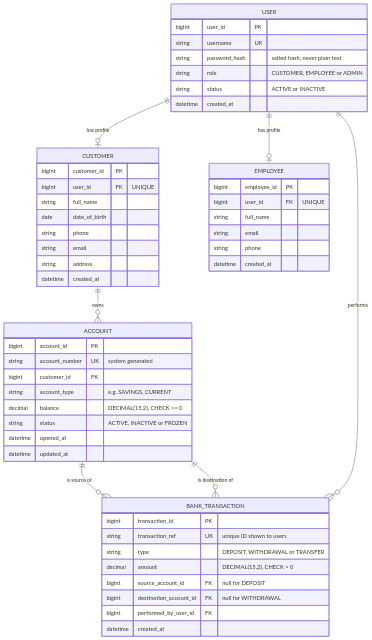
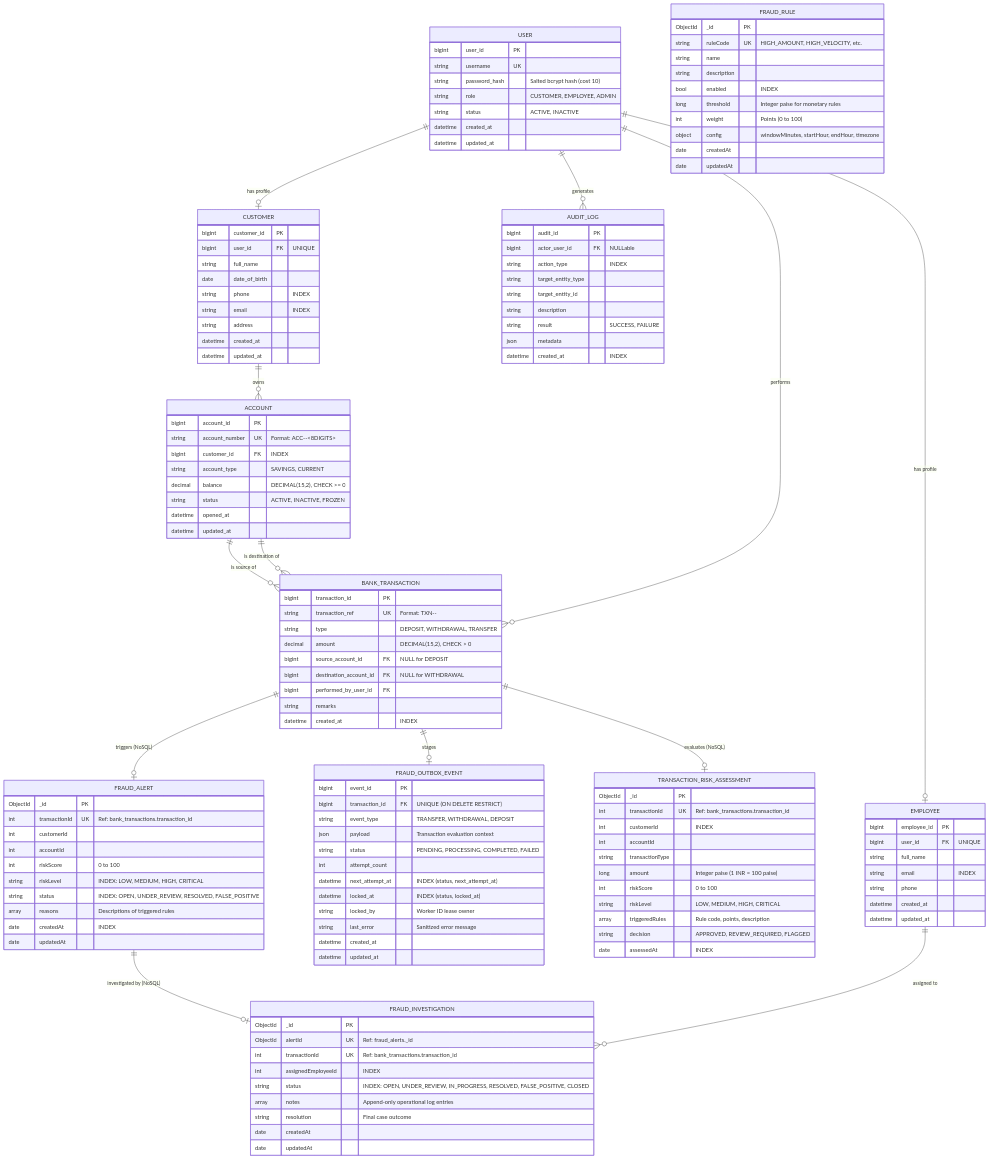
Before and after one commit to sujayhegde23/Bank-Management-System: the first of 3 diagrams in docs/phase1/diagrams/data_model.md, drawn with Mermaid. The commit also changed other lines of this file and 25 other files, not shown here.

Commit message:
docs: reconcile SRS, SAD, RTM, architecture diagrams, and formal testing reports

````diff
--- a/docs/phase1/diagrams/data_model.md
+++ b/docs/phase1/diagrams/data_model.md
@@ -10,56 +11,152 @@
 ```mermaid
 erDiagram
+    %% Relational MySQL Entities
     USER ||--o| CUSTOMER : "has profile"
     USER ||--o| EMPLOYEE : "has profile"
     CUSTOMER ||--o{ ACCOUNT : owns
     ACCOUNT ||--o{ BANK_TRANSACTION : "is source of"
     ACCOUNT ||--o{ BANK_TRANSACTION : "is destination of"
     USER ||--o{ BANK_TRANSACTION : performs
+    USER ||--o{ AUDIT_LOG : generates
+    BANK_TRANSACTION ||--o| FRAUD_OUTBOX_EVENT : stages
+
+    %% Logical Relationships Across Dual Databases (Referenced by transactionId)
+    BANK_TRANSACTION ||--o| TRANSACTION_RISK_ASSESSMENT : "evaluates (NoSQL)"
+    BANK_TRANSACTION ||--o| FRAUD_ALERT : "triggers (NoSQL)"
+    FRAUD_ALERT ||--o| FRAUD_INVESTIGATION : "investigated by (NoSQL)"
+    EMPLOYEE ||--o{ FRAUD_INVESTIGATION : "assigned to"
 
     USER {
         bigint user_id PK
         string username UK
-        string password_hash "salted hash, never plain text"
-        string role "CUSTOMER, EMPLOYEE or ADMIN"
-        string status "ACTIVE or INACTIVE"
+        string password_hash "Salted bcrypt hash (cost 10)"
+        string role "CUSTOMER, EMPLOYEE, ADMIN"
+        string status "ACTIVE, INACTIVE"
         datetime created_at
+        datetime updated_at
     }
+
     CUSTOMER {
         bigint customer_id PK
         bigint user_id FK "UNIQUE"
         string full_name
         date date_of_birth
-        string phone
-        string email
+        string phone "INDEX"
+        string email "INDEX"
         string address
         datetime created_at
+        datetime updated_at
     }
+
     EMPLOYEE {
         bigint employee_id PK
         bigint user_id FK "UNIQUE"
         string full_name
-        string email
+        string email "INDEX"
         string phone
         datetime created_at
+        datetime updated_at
     }
+
     ACCOUNT {
         bigint account_id PK
-        string account_number UK "system generated"
-        bigint customer_id FK
-        string account_type "e.g. SAVINGS, CURRENT"
+        string account_number UK "Format: ACC-<TYPE>-<8DIGITS>"
+        bigint customer_id FK "INDEX"
+        string account_type "SAVINGS, CURRENT"
         decimal balance "DECIMAL(15,2), CHECK >= 0"
-        string status "ACTIVE, INACTIVE or FROZEN"
+        string status "ACTIVE, INACTIVE, FROZEN"
         datetime opened_at
         datetime updated_at
     }
+
     BANK_TRANSACTION {
         bigint transaction_id PK
-        string transaction_ref UK "unique ID shown to users"
-        string type "DEPOSIT, WITHDRAWAL or TRANSFER"
+        string transaction_ref UK "Format: TXN-<TYPE>-<HEX>"
+        string type "DEPOSIT, WITHDRAWAL, TRANSFER"
         decimal amount "DECIMAL(15,2), CHECK > 0"
-        bigint source_account_id FK "null for DEPOSIT"
-        bigint destination_account_id FK "null for WITHDRAWAL"
+        bigint source_account_id FK "NULL for DEPOSIT"
+        bigint destination_account_id FK "NULL for WITHDRAWAL"
         bigint performed_by_user_id FK
+        string remarks
+        datetime created_at "INDEX"
+    }
+
+    AUDIT_LOG {
+        bigint audit_id PK
+        bigint actor_user_id FK "NULLable"
+        string action_type "INDEX"
+        string target_entity_type
+        string target_entity_id
+        string description
+        string result "SUCCESS, FAILURE"
+        json metadata
+        datetime created_at "INDEX"
+    }
+
+    FRAUD_OUTBOX_EVENT {
+        bigint event_id PK
+        bigint transaction_id FK "UNIQUE (ON DELETE RESTRICT)"
+        string event_type "TRANSFER, WITHDRAWAL, DEPOSIT"
+        json payload "Transaction evaluation context"
+        string status "PENDING, PROCESSING, COMPLETED, FAILED"
+        int attempt_count
+        datetime next_attempt_at "INDEX (status, next_attempt_at)"
+        datetime locked_at "INDEX (status, locked_at)"
+        string locked_by "Worker ID lease owner"
+        string last_error "Sanitized error message"
         datetime created_at
+        datetime updated_at
+    }
+
+    TRANSACTION_RISK_ASSESSMENT {
+        ObjectId _id PK
+        int transactionId UK "Ref: bank_transactions.transaction_id"
+        int customerId "INDEX"
+        int accountId
+        string transactionType
+        long amount "Integer paise (1 INR = 100 paise)"
+        int riskScore "0 to 100"
+        string riskLevel "LOW, MEDIUM, HIGH, CRITICAL"
+        array triggeredRules "Rule code, points, description"
+        string decision "APPROVED, REVIEW_REQUIRED, FLAGGED"
+        date assessedAt "INDEX"
+    }
+
+    FRAUD_ALERT {
+        ObjectId _id PK
+        int transactionId UK "Ref: bank_transactions.transaction_id"
+        int customerId
+        int accountId
+        int riskScore "0 to 100"
+        string riskLevel "INDEX: LOW, MEDIUM, HIGH, CRITICAL"
+        string status "INDEX: OPEN, UNDER_REVIEW, RESOLVED, FALSE_POSITIVE"
+        array reasons "Descriptions of triggered rules"
+        date createdAt "INDEX"
+        date updatedAt
+    }
+
+    FRAUD_RULE {
+        ObjectId _id PK
+        string ruleCode UK "HIGH_AMOUNT, HIGH_VELOCITY, etc."
+        string name
+        string description
+        bool enabled "INDEX"
+        long threshold "Integer paise for monetary rules"
+        int weight "Points (0 to 100)"
+        object config "windowMinutes, startHour, endHour, timezone"
+        date createdAt
+        date updatedAt
+    }
+
+    FRAUD_INVESTIGATION {
+        ObjectId _id PK
+        ObjectId alertId UK "Ref: fraud_alerts._id"
+        int transactionId UK "Ref: bank_transactions.transaction_id"
+        int assignedEmployeeId "INDEX"
+        string status "INDEX: OPEN, UNDER_REVIEW, IN_PROGRESS, RESOLVED, FALSE_POSITIVE, CLOSED"
+        array notes "Append-only operational log entries"
+        string resolution "Final case outcome"
+        date createdAt
+        date updatedAt
     }
 ```
````
